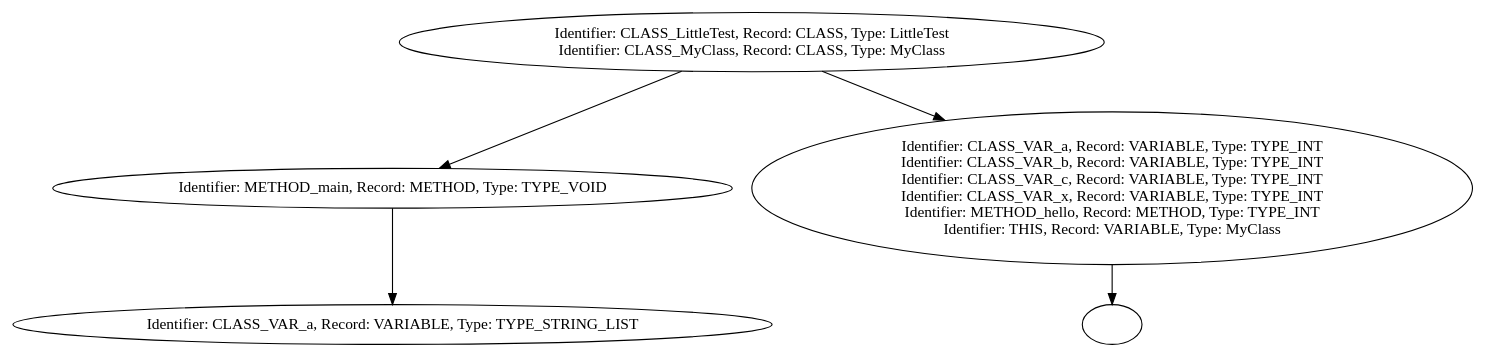
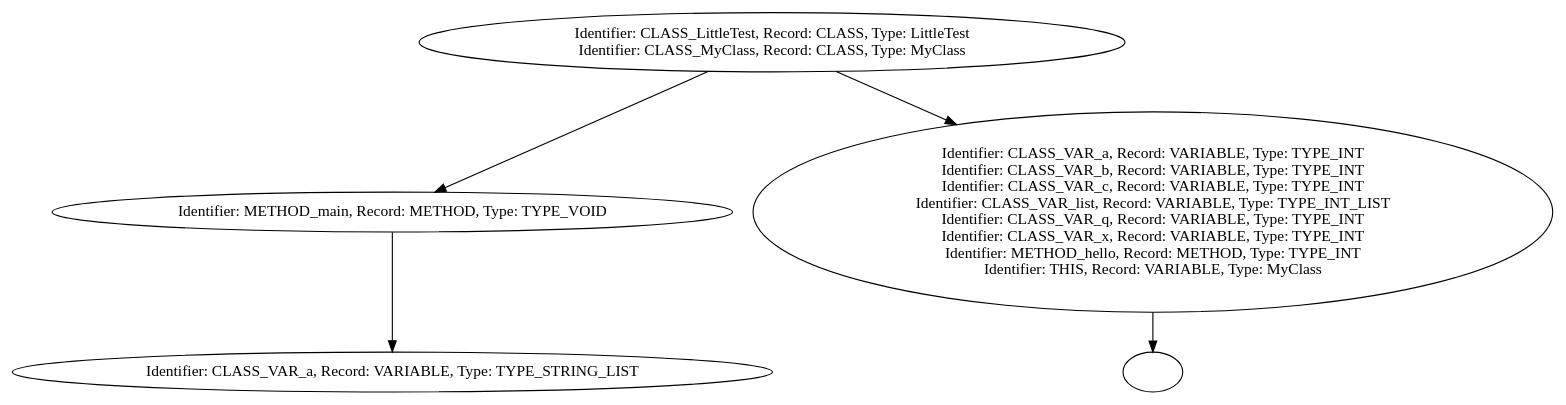
The diagram in getting_started/table.dot (RealNexa/DV1655-compiler), drawn with Graphviz before and after one commit. The commit also changed 9 other files, not shown here.

```diff
--- a/getting_started/table.dot
+++ b/getting_started/table.dot
@@ -1,11 +1,11 @@
 digraph {
 n0 [label="Identifier: CLASS_LittleTest, Record: CLASS, Type: LittleTest\nIdentifier: CLASS_MyClass, Record: CLASS, Type: MyClass\n"];
 n1 [label="Identifier: METHOD_main, Record: METHOD, Type: TYPE_VOID\n"];
 n2 [label="Identifier: CLASS_VAR_a, Record: VARIABLE, Type: TYPE_STRING_LIST\n"];
 n1 -> n2
 n0 -> n1
-n3 [label="Identifier: CLASS_VAR_a, Record: VARIABLE, Type: TYPE_INT\nIdentifier: CLASS_VAR_b, Record: VARIABLE, Type: TYPE_INT\nIdentifier: CLASS_VAR_c, Record: VARIABLE, Type: TYPE_INT\nIdentifier: CLASS_VAR_x, Record: VARIABLE, Type: TYPE_INT\nIdentifier: METHOD_hello, Record: METHOD, Type: TYPE_INT\nIdentifier: THIS, Record: VARIABLE, Type: MyClass\n"];
+n3 [label="Identifier: CLASS_VAR_a, Record: VARIABLE, Type: TYPE_INT\nIdentifier: CLASS_VAR_b, Record: VARIABLE, Type: TYPE_INT\nIdentifier: CLASS_VAR_c, Record: VARIABLE, Type: TYPE_INT\nIdentifier: CLASS_VAR_list, Record: VARIABLE, Type: TYPE_INT_LIST\nIdentifier: CLASS_VAR_q, Record: VARIABLE, Type: TYPE_INT\nIdentifier: CLASS_VAR_x, Record: VARIABLE, Type: TYPE_INT\nIdentifier: METHOD_hello, Record: METHOD, Type: TYPE_INT\nIdentifier: THIS, Record: VARIABLE, Type: MyClass\n"];
 n4 [label=""];
 n3 -> n4
 n0 -> n3
 }
```
